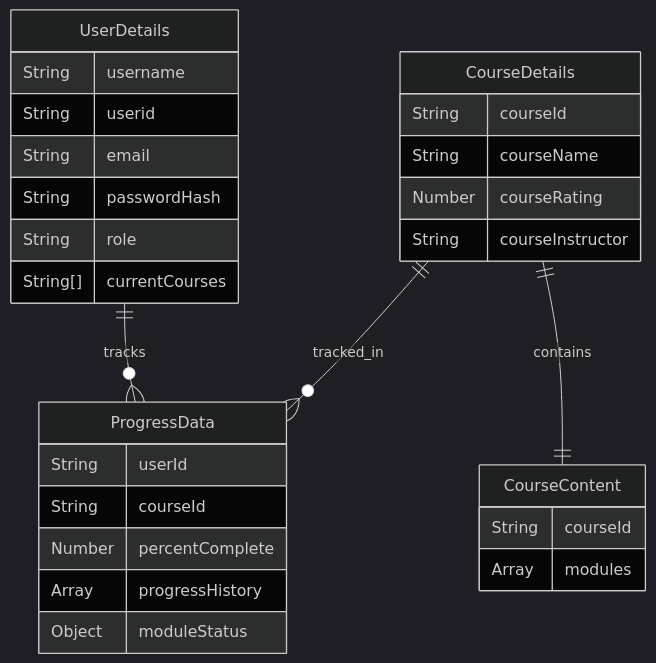
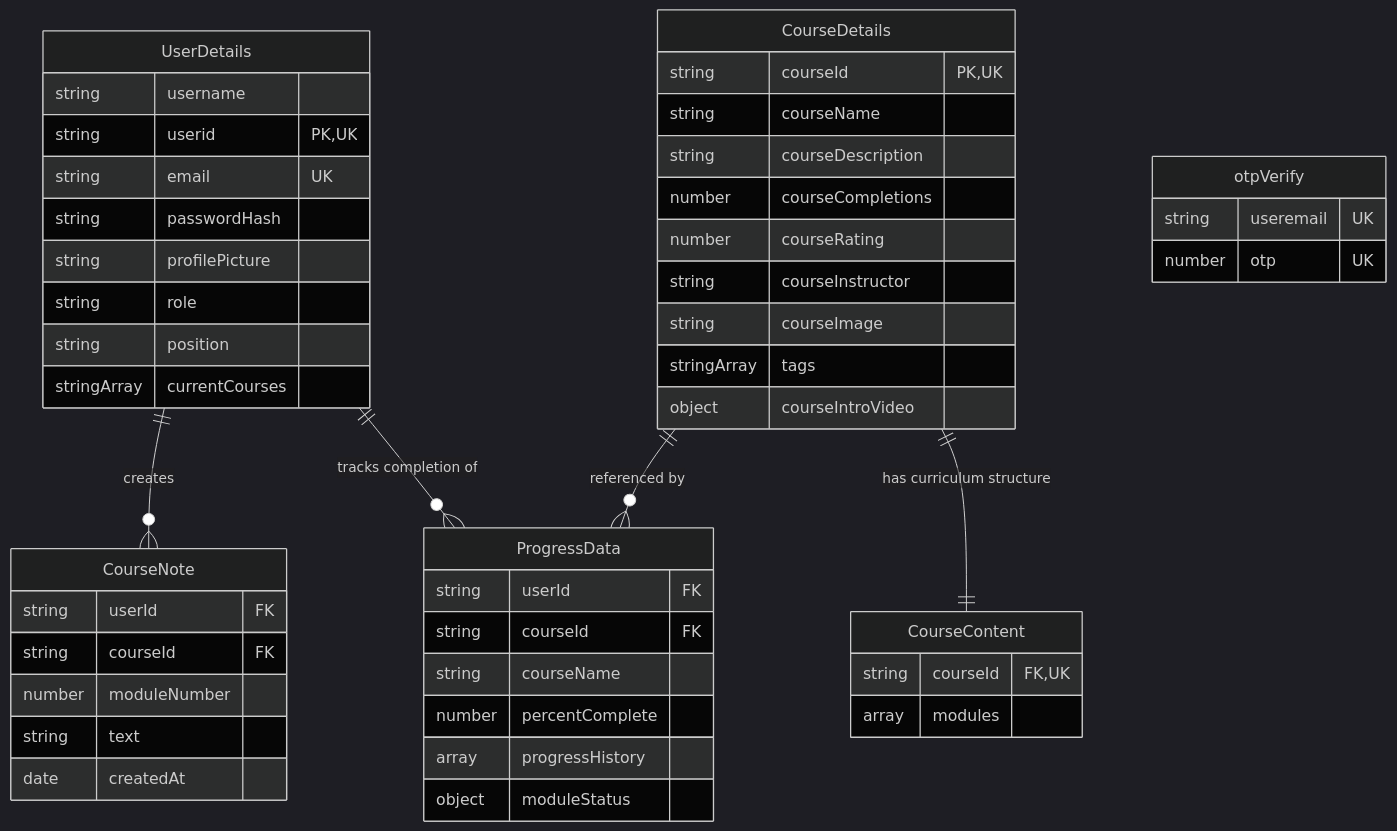
The second of 2 diagrams in architecture.md (abdul8704/EduTrack), drawn with Mermaid (dark theme) before and after one commit. The commit also changed other lines of this file, not shown here.

````diff
--- a/architecture.md
+++ b/architecture.md
@@ -32,31 +54,57 @@
 ```mermaid
 erDiagram
-    UserDetails ||--o{ ProgressData : tracks
-    CourseDetails ||--o{ ProgressData : tracked_in
-    CourseDetails ||--|| CourseContent : contains
+    UserDetails ||--o{ ProgressData : "tracks completion of"
+    UserDetails ||--o{ CourseNote : "creates"
+    CourseDetails ||--|| CourseContent : "has curriculum structure"
+    CourseDetails ||--o{ ProgressData : "referenced by"
+
     UserDetails {
-        String username
-        String userid
-        String email
-        String passwordHash
-        String role
-        String[] currentCourses
+        string username
+        string userid PK, UK
+        string email UK
+        string passwordHash
+        string profilePicture
+        string role
+        string position
+        stringArray currentCourses
     }
+
     CourseDetails {
-        String courseId
-        String courseName
-        Number courseRating
-        String courseInstructor
+        string courseId PK, UK
+        string courseName
+        string courseDescription
+        number courseCompletions
+        number courseRating
+        string courseInstructor
+        string courseImage
+        stringArray tags
+        object courseIntroVideo
     }
+
     CourseContent {
-        String courseId
-        Array modules
+        string courseId FK, UK
+        array modules
     }
+
     ProgressData {
-        String userId
-        String courseId
-        Number percentComplete
-        Array progressHistory
-        Object moduleStatus
+        string userId FK
+        string courseId FK
+        string courseName
+        number percentComplete
+        array progressHistory
+        object moduleStatus
+    }
+
+    CourseNote {
+        string userId FK
+        string courseId FK
+        number moduleNumber
+        string text
+        date createdAt
+    }
+
+    otpVerify {
+        string useremail UK
+        number otp UK
     }
 ```
````
